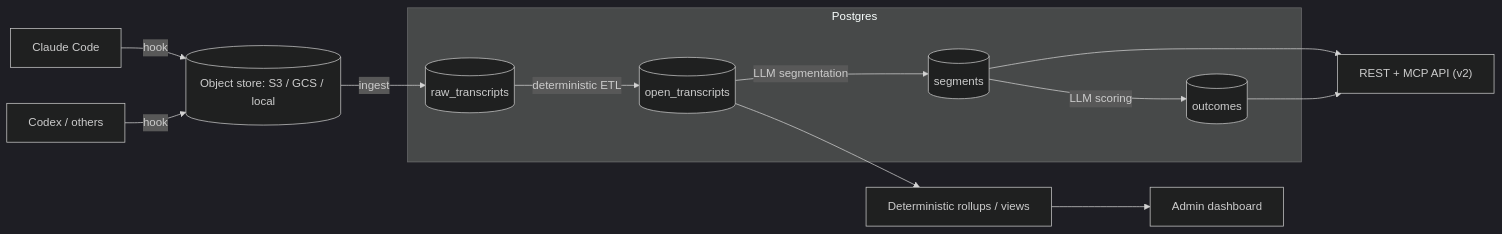
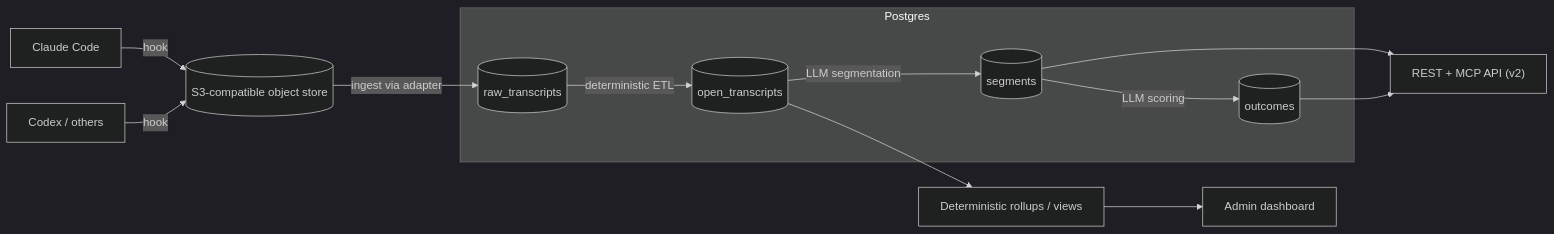
The first of 4 diagrams in docs/architecture.md (pulsemcp/switchboard), drawn with Mermaid (dark theme) before and after one commit. The commit also changed other lines of this file and 3 other files, not shown here.

````diff
--- a/docs/architecture.md
+++ b/docs/architecture.md
@@ -18,24 +18,24 @@
 ```mermaid
 flowchart LR
   cc["Claude Code"]
   cx["Codex / others"]
   cc -->|hook| store
   cx -->|hook| store
-  store[("Object store: S3 / GCS / local")]
-  store -->|ingest| raw
+  store[("S3-compatible object store")]
+  store -->|"ingest via adapter"| raw
 
   subgraph pg[Postgres]
     raw[(raw_transcripts)]
     open[(open_transcripts)]
     seg[(segments)]
     out[(outcomes)]
   end
 
   raw -->|"deterministic ETL"| open
   open -->|"LLM segmentation"| seg
   seg -->|"LLM scoring"| out
   open --> roll["Deterministic rollups / views"]
   roll --> dash["Admin dashboard"]
   seg --> api["REST + MCP API (v2)"]
   out --> api
 ```
````
